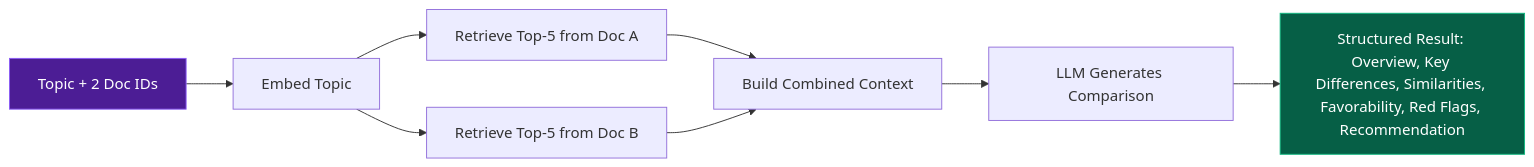
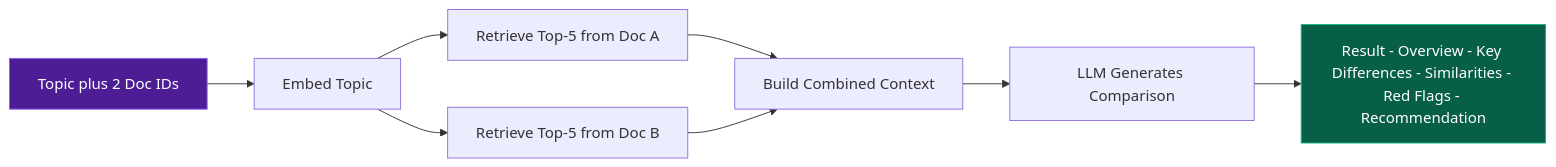
The seventh of 9 diagrams in README.md (AniketB26/What-I-Signed), drawn with Mermaid before and after one commit. The commit also changed other lines of this file, not shown here.

````diff
--- a/README.md
+++ b/README.md
@@ -555,13 +551,13 @@
 ```mermaid
 graph LR
-    T["Topic + 2 Doc IDs"] --> EMB["Embed Topic"]
-    EMB --> RA["Retrieve Top-5 from Doc A"]
-    EMB --> RB["Retrieve Top-5 from Doc B"]
-    RA --> CTX["Build Combined Context"]
+    T[Topic plus 2 Doc IDs] --> EMB[Embed Topic]
+    EMB --> RA[Retrieve Top-5 from Doc A]
+    EMB --> RB[Retrieve Top-5 from Doc B]
+    RA --> CTX[Build Combined Context]
     RB --> CTX
-    CTX --> LLM["LLM Generates Comparison"]
-    LLM --> RES["Structured Result: Overview, Key Differences, Similarities, Favorability, Red Flags, Recommendation"]
+    CTX --> LLM[LLM Generates Comparison]
+    LLM --> RES[Result - Overview - Key Differences - Similarities - Red Flags - Recommendation]
 
     style T fill:#4c1d95,stroke:#8b5cf6,color:#fff
     style RES fill:#065f46,stroke:#10b981,color:#fff
 ```
````
